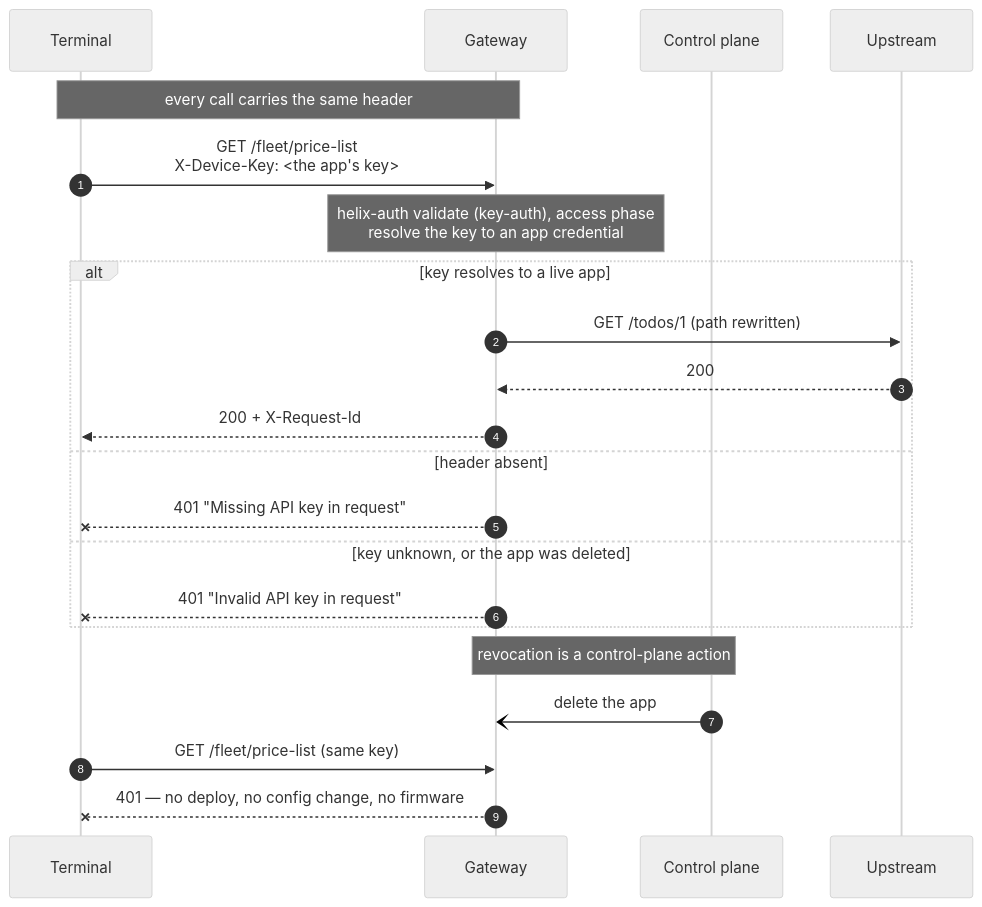
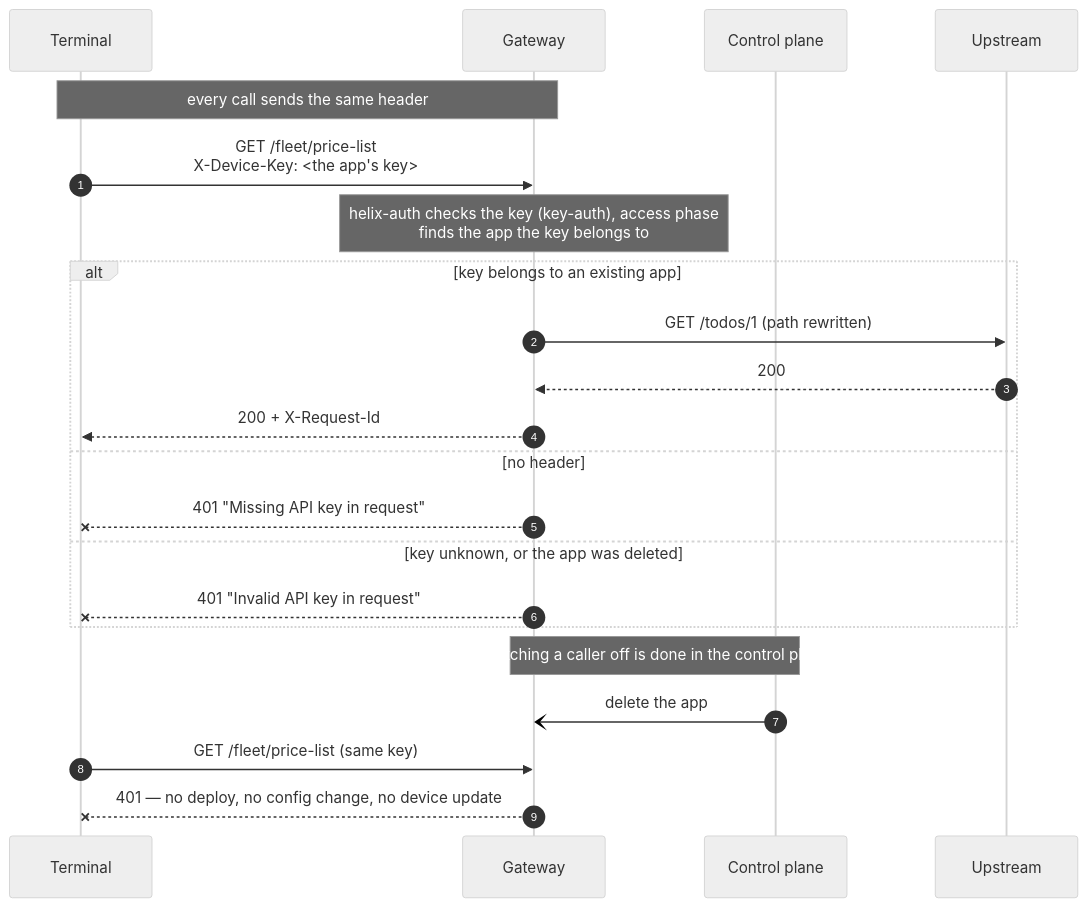
The diagram in solutions/08-api-key/architecture.md (digitalapicraft/api-gateway-solutions), drawn with Mermaid (neutral theme) before and after one commit. The commit also changed other lines of this file and 5 other files, not shown here.

````diff
--- a/solutions/08-api-key/architecture.md
+++ b/solutions/08-api-key/architecture.md
@@ -53,27 +61,27 @@
 ```mermaid
 sequenceDiagram
     autonumber
     participant T as Terminal
     participant GW as Gateway
     participant CP as Control plane
     participant UP as Upstream
 
-    Note over T,GW: every call carries the same header
+    Note over T,GW: every call sends the same header
     T->>GW: GET /fleet/price-list<br/>X-Device-Key: <the app's key>
 
-    Note over GW: helix-auth validate (key-auth), access phase<br/>resolve the key to an app credential
-    alt key resolves to a live app
+    Note over GW: helix-auth checks the key (key-auth), access phase<br/>finds the app the key belongs to
+    alt key belongs to an existing app
         GW->>UP: GET /todos/1 (path rewritten)
         UP-->>GW: 200
         GW-->>T: 200 + X-Request-Id
-    else header absent
+    else no header
         GW--xT: 401 "Missing API key in request"
     else key unknown, or the app was deleted
         GW--xT: 401 "Invalid API key in request"
     end
 
-    Note over CP,GW: revocation is a control-plane action
+    Note over CP,GW: switching a caller off is done in the control plane
     CP-)GW: delete the app
     T->>GW: GET /fleet/price-list (same key)
-    GW--xT: 401 — no deploy, no config change, no firmware
+    GW--xT: 401 — no deploy, no config change, no device update
 ```
````
